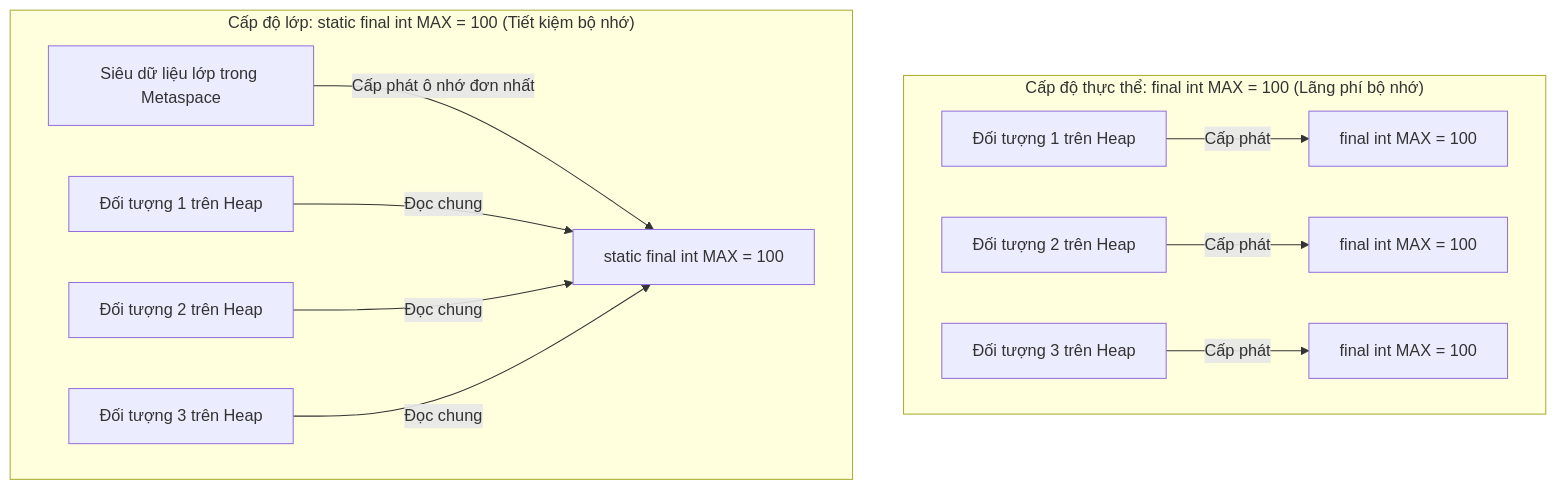
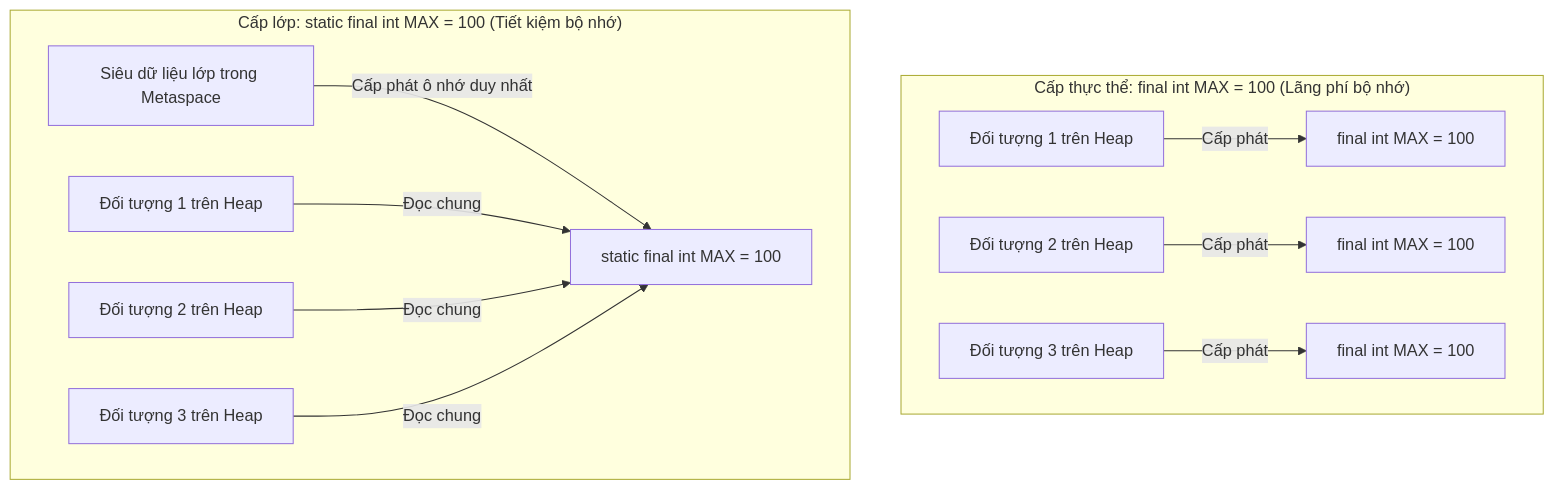
Before and after one commit to PhuThien2005/theoretical-of-java-core: the diagram in vi/04-variables-constants/theory/02-final-and-constants.md, drawn with Mermaid. The commit also changed other lines of this file and 229 other files, not shown here.

````diff
--- a/vi/04-variables-constants/theory/02-final-and-constants.md
+++ b/vi/04-variables-constants/theory/02-final-and-constants.md
@@ -56,16 +58,16 @@
 ```mermaid
 flowchart TD
-    subgraph NonStatic ["Cấp độ thực thể: final int MAX = 100 (Lãng phí bộ nhớ)"]
+    subgraph NonStatic ["Cấp thực thể: final int MAX = 100 (Lãng phí bộ nhớ)"]
         direction LR
         O1["Đối tượng 1 trên Heap"] -->|Cấp phát| F1["final int MAX = 100"]
         O2["Đối tượng 2 trên Heap"] -->|Cấp phát| F2["final int MAX = 100"]
         O3["Đối tượng 3 trên Heap"] -->|Cấp phát| F3["final int MAX = 100"]
     end
-    subgraph Static ["Cấp độ lớp: static final int MAX = 100 (Tiết kiệm bộ nhớ)"]
+    subgraph Static ["Cấp lớp: static final int MAX = 100 (Tiết kiệm bộ nhớ)"]
         direction LR
-        C["Siêu dữ liệu lớp trong Metaspace"] -->|Cấp phát ô nhớ đơn nhất| SF["static final int MAX = 100"]
+        C["Siêu dữ liệu lớp trong Metaspace"] -->|Cấp phát ô nhớ duy nhất| SF["static final int MAX = 100"]
         SO1["Đối tượng 1 trên Heap"] -->|Đọc chung| SF
         SO2["Đối tượng 2 trên Heap"] -->|Đọc chung| SF
         SO3["Đối tượng 3 trên Heap"] -->|Đọc chung| SF
     end
 ```
````
